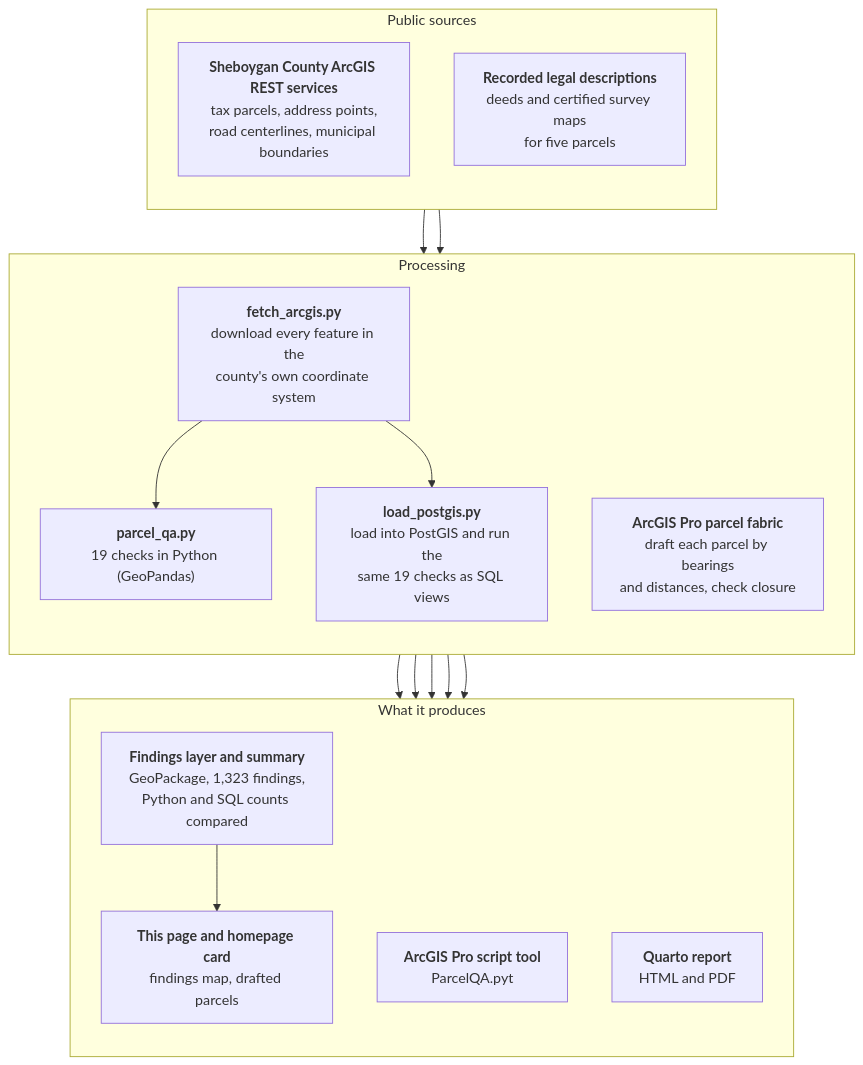
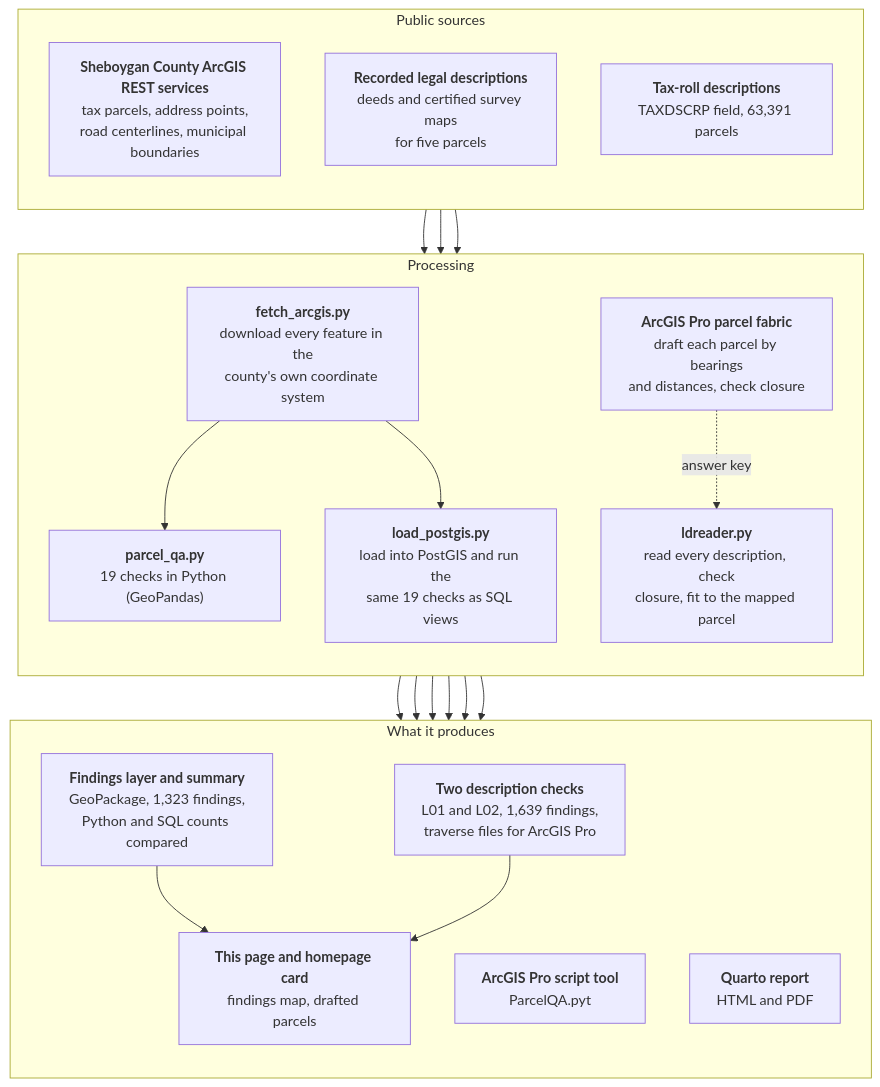
The diagram in projects/parcel-qa/data_flow.mmd (krauskajames/krauskajames.github.io), drawn with Mermaid before and after one commit. The commit also changed 15 other files, not shown here.

First line of the commit message:
Parcel QA: legal description reader (checks L01, L02) for every tax-roll description

```diff
--- a/projects/parcel-qa/data_flow.mmd
+++ b/projects/parcel-qa/data_flow.mmd
@@ -1,31 +1,38 @@
 %% Data flow for this project page. Rendered and placed on the page by projects/build_flow.py (Mermaid, mermaid-cli).
 flowchart TB
   subgraph S["Public sources"]
     direction TB
     REST["<b>Sheboygan County ArcGIS REST services</b><br/>tax parcels, address points,<br/>road centerlines, municipal boundaries"]
     DEEDS["<b>Recorded legal descriptions</b><br/>deeds and certified survey maps<br/>for five parcels"]
+    TAX["<b>Tax-roll descriptions</b><br/>TAXDSCRP field, 63,391 parcels"]
   end
   subgraph P["Processing"]
     direction TB
     FETCH["<b>fetch_arcgis.py</b><br/>download every feature in the<br/>county's own coordinate system"]
     PY["<b>parcel_qa.py</b><br/>19 checks in Python (GeoPandas)"]
     PG["<b>load_postgis.py</b><br/>load into PostGIS and run the<br/>same 19 checks as SQL views"]
     COGO["<b>ArcGIS Pro parcel fabric</b><br/>draft each parcel by bearings<br/>and distances, check closure"]
+    LDR["<b>ldreader.py</b><br/>read every description, check<br/>closure, fit to the mapped parcel"]
     FETCH --> PY
     FETCH --> PG
   end
   subgraph O["What it produces"]
     direction TB
     FIND["<b>Findings layer and summary</b><br/>GeoPackage, 1,323 findings,<br/>Python and SQL counts compared"]
     TOOL["<b>ArcGIS Pro script tool</b><br/>ParcelQA.pyt"]
     REPORT["<b>Quarto report</b><br/>HTML and PDF"]
+    LDF["<b>Two description checks</b><br/>L01 and L02, 1,639 findings,<br/>traverse files for ArcGIS Pro"]
     PAGE["<b>This page and homepage card</b><br/>findings map, drafted parcels"]
   end
   REST --> FETCH
   DEEDS --> COGO
   PY --> FIND
   PG --> FIND
   PY --> TOOL
   PG --> REPORT
   FIND --> PAGE
   COGO --> PAGE
+  TAX --> LDR
+  COGO -. answer key .-> LDR
+  LDR --> LDF
+  LDF --> PAGE
```
